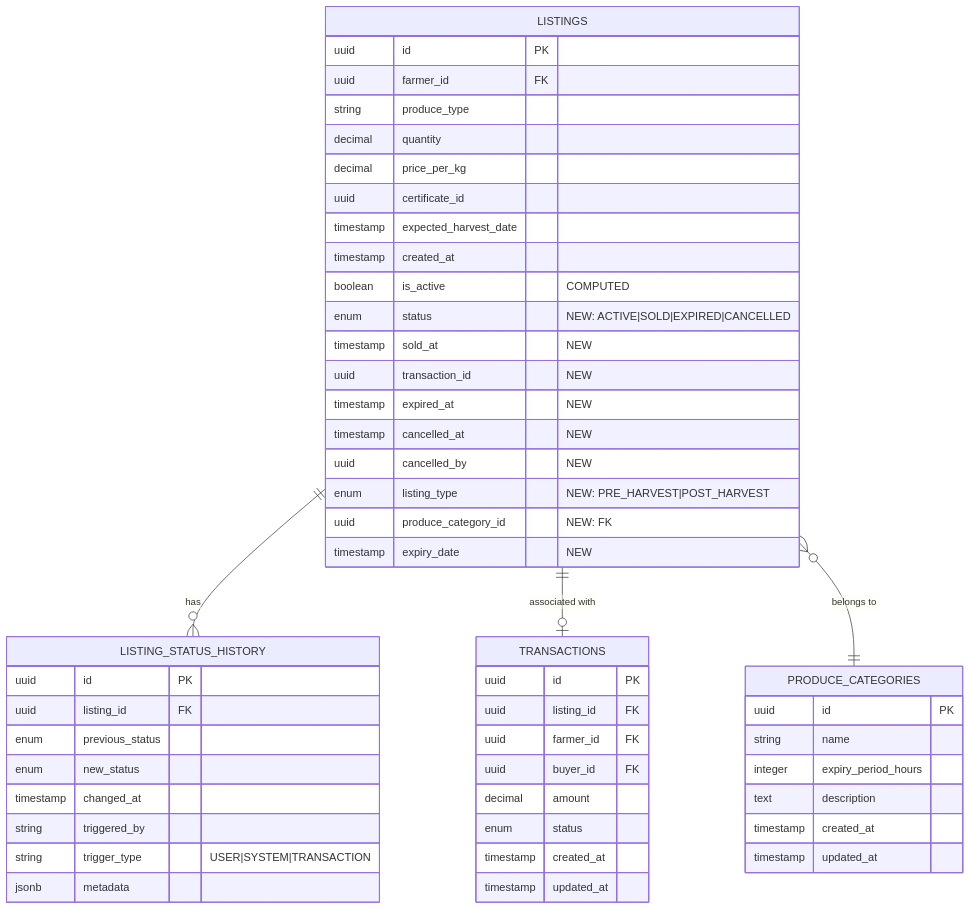
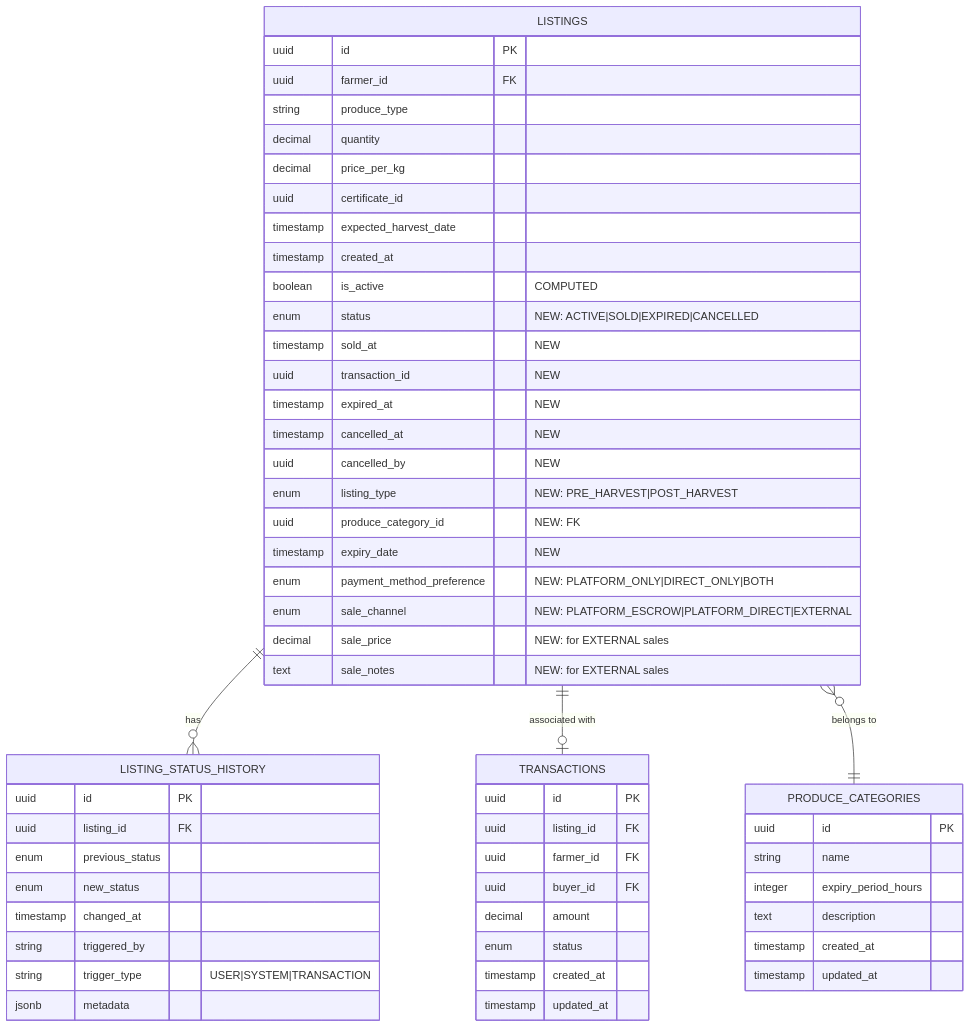
The sixth of 8 diagrams in .kiro/specs/enhanced-listing-status-management/design.md (omband007/BharatMandi), drawn with Mermaid before and after one commit. The commit also changed other lines of this file and 2 other files, not shown here.

First line of the commit message:
feat: add manual sale confirmation to enhanced listing status spec (partial)

````diff
--- a/.kiro/specs/enhanced-listing-status-management/design.md
+++ b/.kiro/specs/enhanced-listing-status-management/design.md
@@ -224,58 +224,62 @@
 ```mermaid
 erDiagram
     LISTINGS ||--o{ LISTING_STATUS_HISTORY : has
     LISTINGS ||--o| TRANSACTIONS : "associated with"
     LISTINGS }o--|| PRODUCE_CATEGORIES : "belongs to"
     
     LISTINGS {
         uuid id PK
         uuid farmer_id FK
         string produce_type
         decimal quantity
         decimal price_per_kg
         uuid certificate_id
         timestamp expected_harvest_date
         timestamp created_at
         boolean is_active "COMPUTED"
         enum status "NEW: ACTIVE|SOLD|EXPIRED|CANCELLED"
         timestamp sold_at "NEW"
         uuid transaction_id "NEW"
         timestamp expired_at "NEW"
         timestamp cancelled_at "NEW"
         uuid cancelled_by "NEW"
         enum listing_type "NEW: PRE_HARVEST|POST_HARVEST"
         uuid produce_category_id "NEW: FK"
         timestamp expiry_date "NEW"
+        enum payment_method_preference "NEW: PLATFORM_ONLY|DIRECT_ONLY|BOTH"
+        enum sale_channel "NEW: PLATFORM_ESCROW|PLATFORM_DIRECT|EXTERNAL"
+        decimal sale_price "NEW: for EXTERNAL sales"
+        text sale_notes "NEW: for EXTERNAL sales"
     }
     
     PRODUCE_CATEGORIES {
         uuid id PK
         string name
         integer expiry_period_hours
         text description
         timestamp created_at
         timestamp updated_at
     }
     
     LISTING_STATUS_HISTORY {
         uuid id PK
         uuid listing_id FK
         enum previous_status
         enum new_status
         timestamp changed_at
         string triggered_by
         string trigger_type "USER|SYSTEM|TRANSACTION"
         jsonb metadata
     }
     
     TRANSACTIONS {
         uuid id PK
         uuid listing_id FK
         uuid farmer_id FK
         uuid buyer_id FK
         decimal amount
         enum status
         timestamp created_at
         timestamp updated_at
     }
 ```
````
